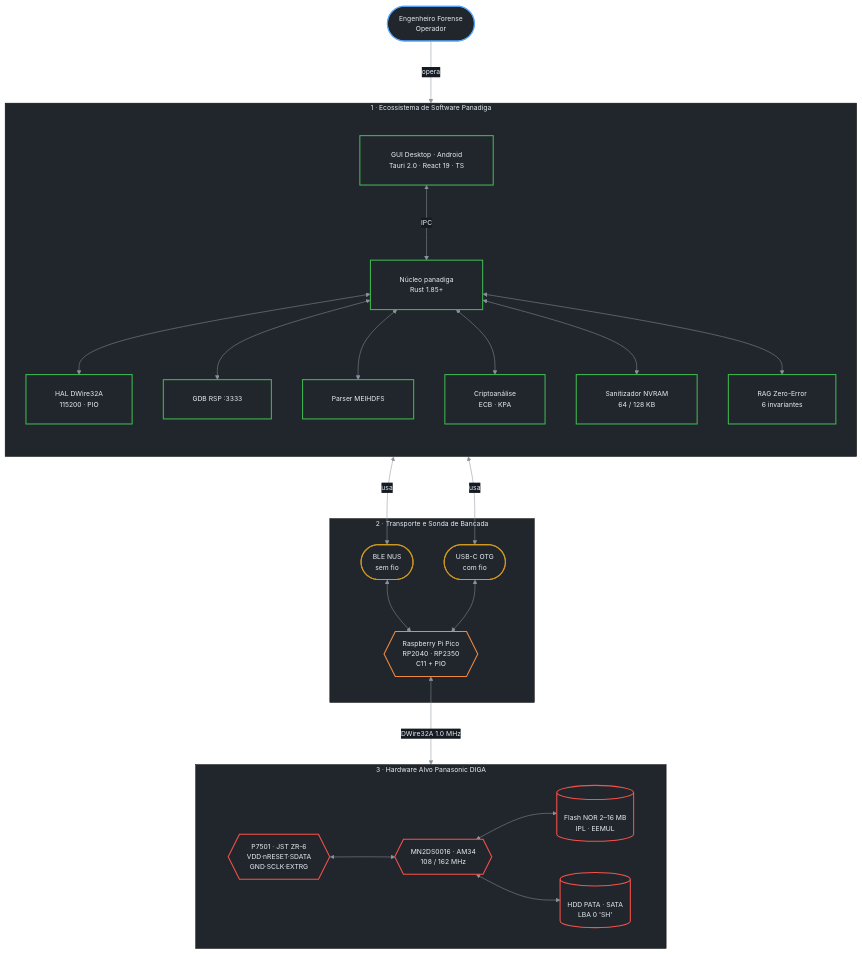
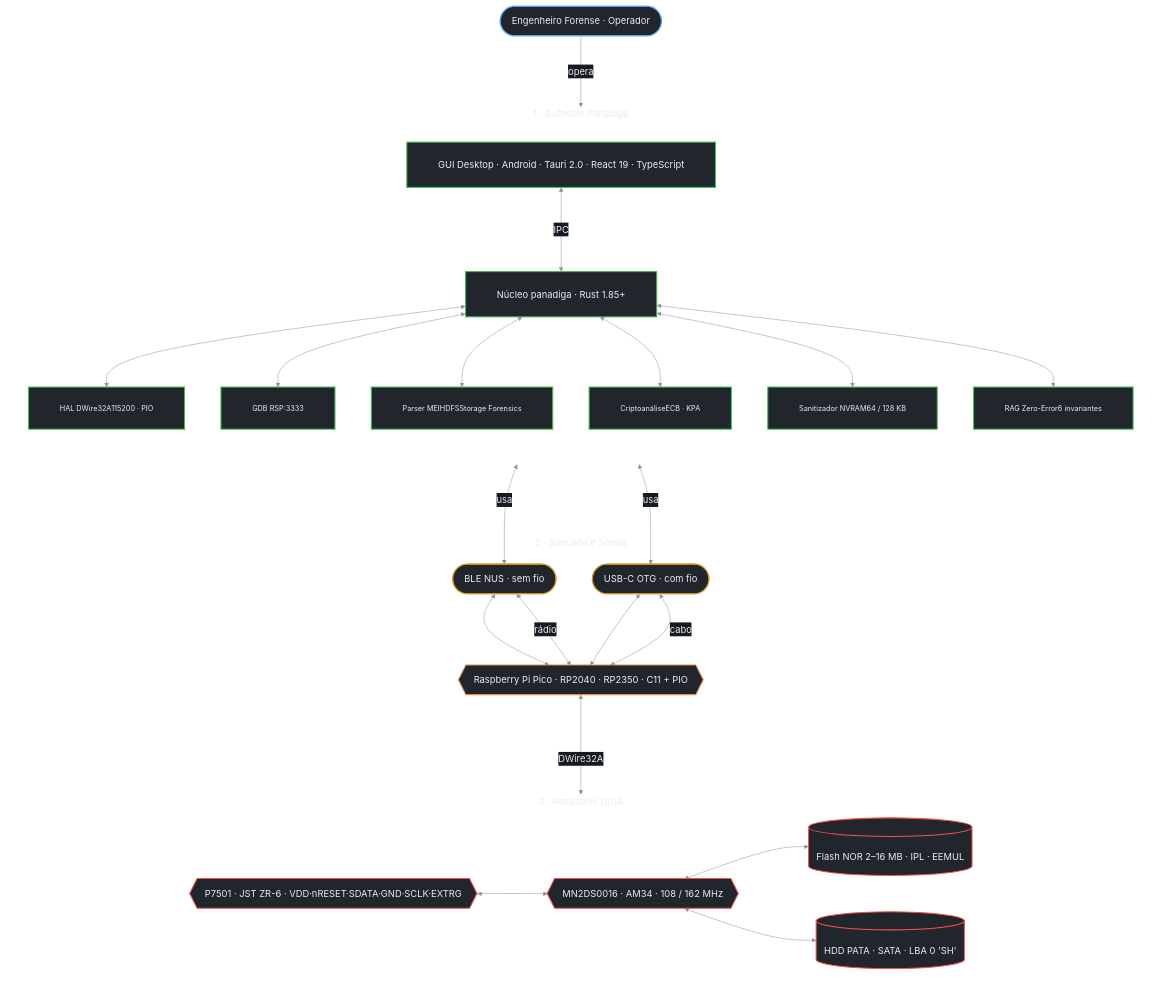
Before and after one commit to danielchrono/Panadiga: the diagram in README.pt-BR.md, drawn with Mermaid. The commit also changed 1 other file, not shown here.

Commit message:
docs: update system architecture flowchart in documentation

````diff
--- a/README.pt-BR.md
+++ b/README.pt-BR.md
@@ -45,62 +45,70 @@
 ```mermaid
-%%{init: {'theme':'base','themeCSS':'.cluster rect { stroke: transparent !important; fill: transparent !important; }','themeVariables':{'fontFamily':'ui-monospace, SFMono-Regular, Menlo, monospace','fontSize':'13px','background':'#161b22','primaryColor':'#21262d','primaryTextColor':'#e6edf3','primaryBorderColor':'#484f58','lineColor':'#8b949e','secondaryColor':'#21262d','tertiaryColor':'#21262d','edgeLabelBackground':'#161b22','titleColor':'#e6edf3'},'flowchart':{'nodeSpacing':60,'rankSpacing':100,'curve':'basis','padding':28}}}%%
+%%{init: {'theme':'base','themeCSS':'.edgeLabel span, .edgeLabel div, .edgeLabel p { white-space: nowrap !important; }','themeVariables':{'fontFamily':'ui-monospace, SFMono-Regular, Menlo, monospace','fontSize':'18px','background':'#161b22','primaryColor':'#21262d','primaryTextColor':'#e6edf3','primaryBorderColor':'#484f58','lineColor':'#8b949e','secondaryColor':'#21262d','tertiaryColor':'#21262d','edgeLabelBackground':'#161b22','titleColor':'#e6edf3'},'flowchart':{'htmlLabels':true,'useMaxWidth':false,'wrappingWidth':4000,'nodeSpacing':70,'rankSpacing':110,'curve':'basis','padding':30}}}%%
 flowchart TD
-    USER(["Engenheiro Forense<br/>Operador"])
+    USER(["Engenheiro Forense · Operador"])
 
-    subgraph SOFTWARE_SUITE["1 · Ecossistema de Software Panadiga"]
+    subgraph SOFTWARE_SUITE["1 · Software Panadiga"]
         direction TB
-        GUI["GUI Desktop · Android<br/>Tauri 2.0 · React 19 · TS"]
-        CLI["Núcleo panadiga<br/>Rust 1.85+"]
+        GUI["GUI Desktop · Android · Tauri 2.0 · React 19 · TypeScript"]
+        CLI["Núcleo panadiga · Rust 1.85+"]
         GUI <--> |"IPC"| CLI
 
-        DW_HAL["HAL DWire32A<br/>115200 · PIO"]
-        GDB_SRV["GDB RSP :3333"]
-        MEIHDFS["Parser MEIHDFS"]
-        CRYPTO["Criptoanálise<br/>ECB · KPA"]
-        NVRAM["Sanitizador NVRAM<br/>64 / 128 KB"]
-        RAG["RAG Zero-Error<br/>6 invariantes"]
+        DW_HAL["HAL DWire32A115200 · PIO"]
+        GDB_SRV["GDB RSP:3333"]
+        MEIHDFS["Parser MEIHDFSStorage Forensics"]
+        CRYPTO["CriptoanáliseECB · KPA"]
+        NVRAM["Sanitizador NVRAM64 / 128 KB"]
+        RAG["RAG Zero-Error6 invariantes"]
 
         CLI <--> DW_HAL
         CLI <--> GDB_SRV
         CLI <--> MEIHDFS
         CLI <--> CRYPTO
         CLI <--> NVRAM
         CLI <--> RAG
     end
 
-    subgraph LAB_BENCH["2 · Transporte e Sonda de Bancada"]
-        BLE(["BLE NUS<br/>sem fio"])
-        USB(["USB-C OTG<br/>com fio"])
-        PICO{{"Raspberry Pi Pico<br/>RP2040 · RP2350<br/>C11 + PIO"}}
+    subgraph LAB_BENCH["2 · Bancada e Sonda"]
+        BLE(["BLE NUS · sem fio"])
+        USB(["USB-C OTG · com fio"])
+        PICO{{"Raspberry Pi Pico · RP2040 · RP2350 · C11 + PIO"}}
         BLE <--> PICO
         USB <--> PICO
     end
 
-    subgraph TARGET_HARDWARE["3 · Hardware Alvo Panasonic DIGA"]
+    subgraph TARGET_HARDWARE["3 · Panasonic DIGA"]
         direction LR
-        P7501{{"P7501 · JST ZR-6<br/>VDD·nRESET·SDATA<br/>GND·SCLK·EXTRG"}}
-        AM34{{"MN2DS0016 · AM34<br/>108 / 162 MHz"}}
-        FLASH[("Flash NOR 2–16 MB<br/>IPL · EEMUL")]
-        HDD[("HDD PATA · SATA<br/>LBA 0 'SH'")]
+        P7501{{"P7501 · JST ZR-6 · VDD·nRESET·SDATA·GND·SCLK·EXTRG"}}
+        AM34{{"MN2DS0016 · AM34 · 108 / 162 MHz"}}
+        FLASH[("Flash NOR 2–16 MB · IPL · EEMUL")]
+        HDD[("HDD PATA · SATA · LBA 0 'SH'")]
         P7501 <--> AM34
         AM34 <--> FLASH
         AM34 <--> HDD
     end
 
     USER --> |"opera"| GUI
     GUI <--> |"usa"| BLE
     GUI <--> |"usa"| USB
-    PICO <--> |"DWire32A 1.0 MHz"| P7501
+    BLE <--> |"rádio"| PICO
+    USB <--> |"cabo"| PICO
+    PICO <--> |"DWire32A"| P7501
 
     classDef lab       fill:#21262d,stroke:#58a6ff,color:#e6edf3,stroke-width:2px
     classDef transport fill:#21262d,stroke:#d29922,color:#e6edf3,stroke-width:2px
     classDef probe     fill:#21262d,stroke:#f0883e,color:#e6edf3,stroke-width:2px
     classDef sw        fill:#21262d,stroke:#3fb950,color:#e6edf3,stroke-width:2px
+    classDef swc       fill:#21262d,stroke:#3fb950,color:#e6edf3,stroke-width:2px,font-size:14px
     classDef tgt       fill:#21262d,stroke:#f85149,color:#e6edf3,stroke-width:2px
 
     class USER lab
-    class GUI,CLI,DW_HAL,GDB_SRV,MEIHDFS,CRYPTO,NVRAM,RAG sw
+    class GUI,CLI sw
+    class DW_HAL,GDB_SRV,MEIHDFS,CRYPTO,NVRAM,RAG swc
     class BLE,USB transport
     class PICO probe
     class P7501,AM34,FLASH,HDD tgt
+
+    style SOFTWARE_SUITE fill:transparent,stroke-width:0px
+    style LAB_BENCH fill:transparent,stroke-width:0px
+    style TARGET_HARDWARE fill:transparent,stroke-width:0px
 ```
````
